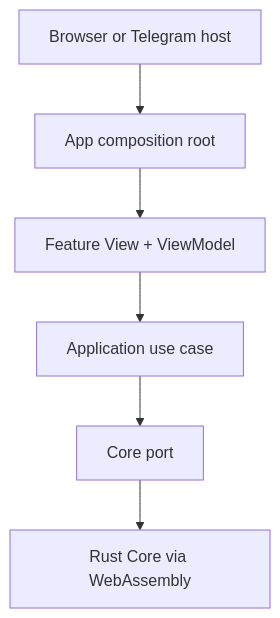
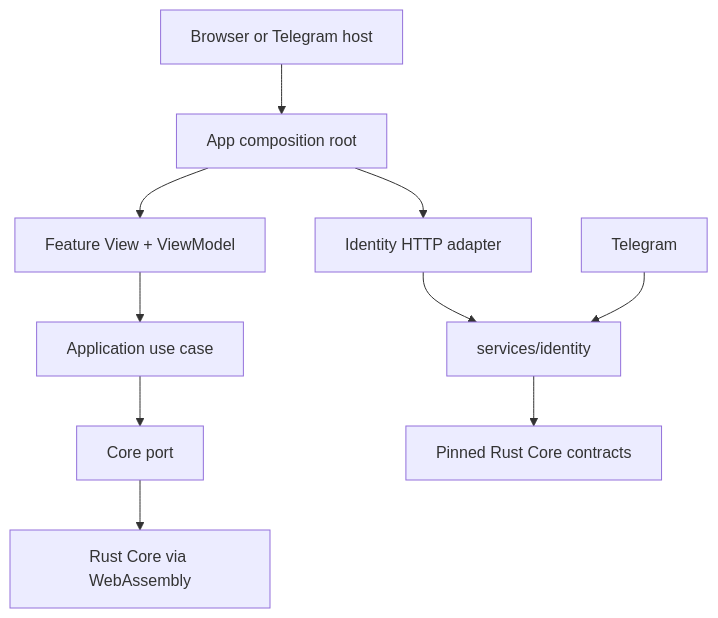
The diagram in docs/architecture.md (nilx-one/web), drawn with Mermaid before and after one commit. The commit also changed other lines of this file and 16 other files, not shown here.

Commit message:
fix: move Telegram identity runtime into web

````diff
--- a/docs/architecture.md
+++ b/docs/architecture.md
@@ -35,8 +37,12 @@
 ```mermaid
 flowchart TD
     Host["Browser or Telegram host"] --> Root["App composition root"]
     Root --> View["Feature View + ViewModel"]
     View --> UseCase["Application use case"]
     UseCase --> CorePort["Core port"]
     CorePort --> Wasm["Rust Core via WebAssembly"]
+    Root --> IdentityAPI["Identity HTTP adapter"]
+    IdentityAPI --> IdentityService["services/identity"]
+    IdentityService --> CoreContracts["Pinned Rust Core contracts"]
+    Telegram["Telegram"] --> IdentityService
 ```
````
